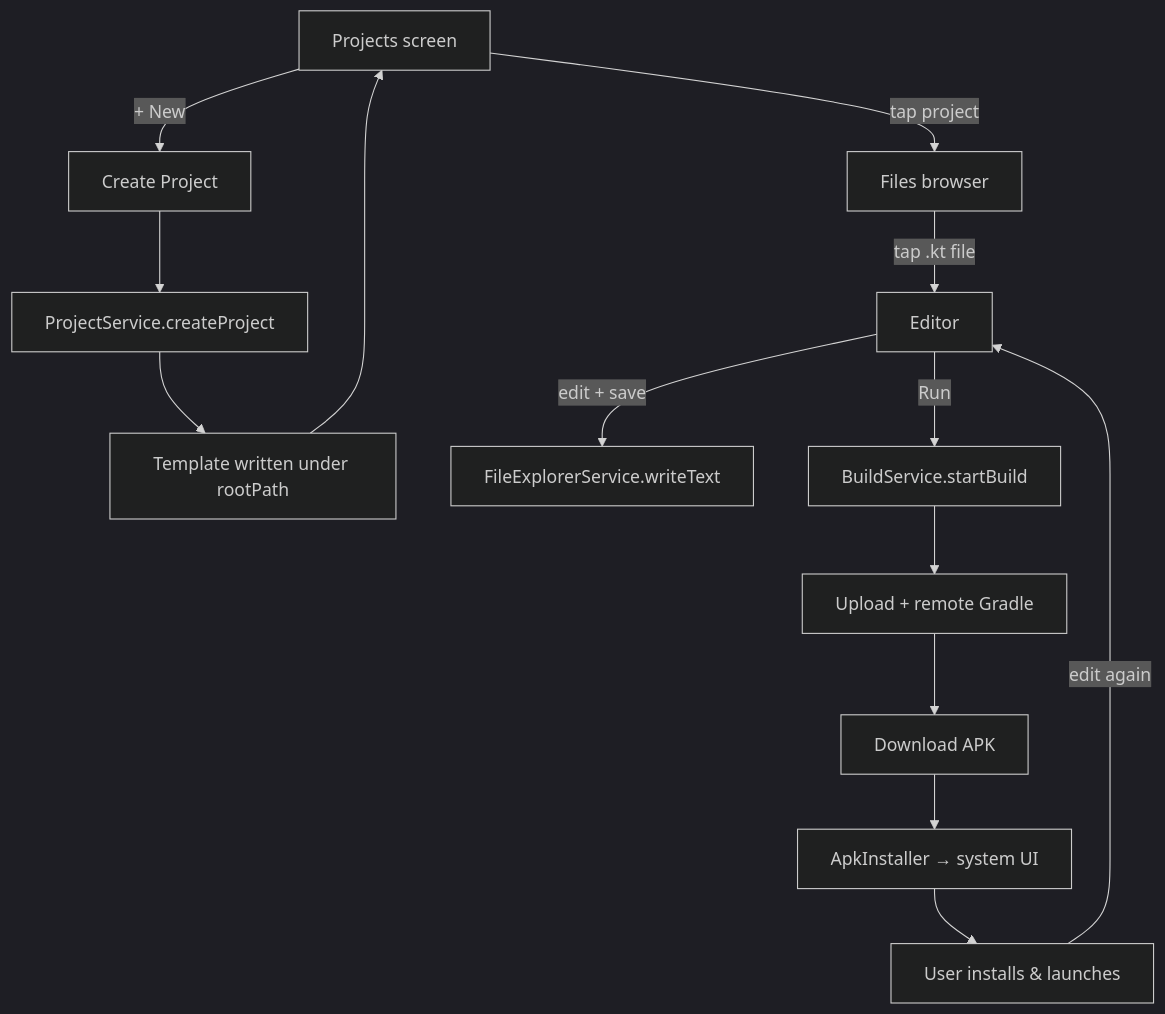
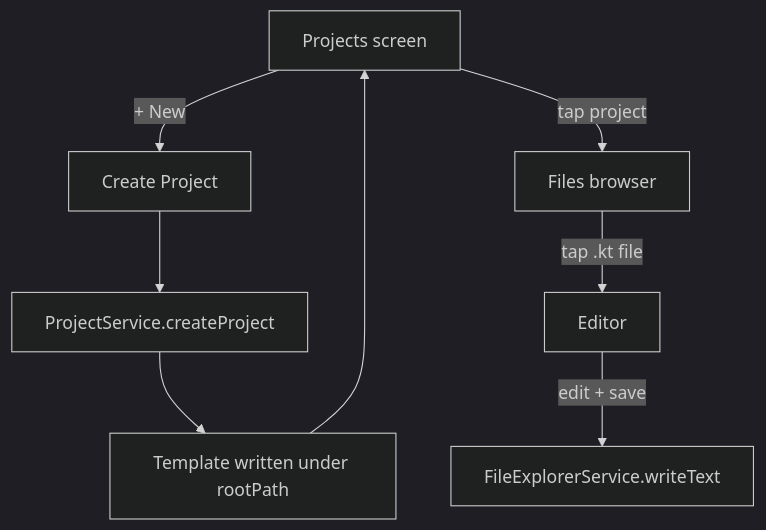
One commit to Al-Qassim/Android-Studio-Lite changed the fourth of 5 diagrams in project/architecture.md. Above: the diagram before and after it, drawn with Mermaid (dark theme). The commit also changed other lines of this file and 1 other file, not shown here.

First line of the commit message:
Document grilled v0.1 architecture decisions and screen launchers.

````diff
--- a/project/architecture.md
+++ b/project/architecture.md
@@ -441,16 +572,10 @@
 ```mermaid
 flowchart TD
   A[Projects screen] -->|+ New| B[Create Project]
   B --> C[ProjectService.createProject]
   C --> D[Template written under rootPath]
   D --> A
   A -->|tap project| E[Files browser]
   E -->|tap .kt file| F[Editor]
   F -->|edit + save| G[FileExplorerService.writeText]
-  F -->|Run| H[BuildService.startBuild]
-  H --> I[Upload + remote Gradle]
-  I --> J[Download APK]
-  J --> K[ApkInstaller → system UI]
-  K --> L[User installs & launches]
-  L -->|edit again| F
 ```
````
